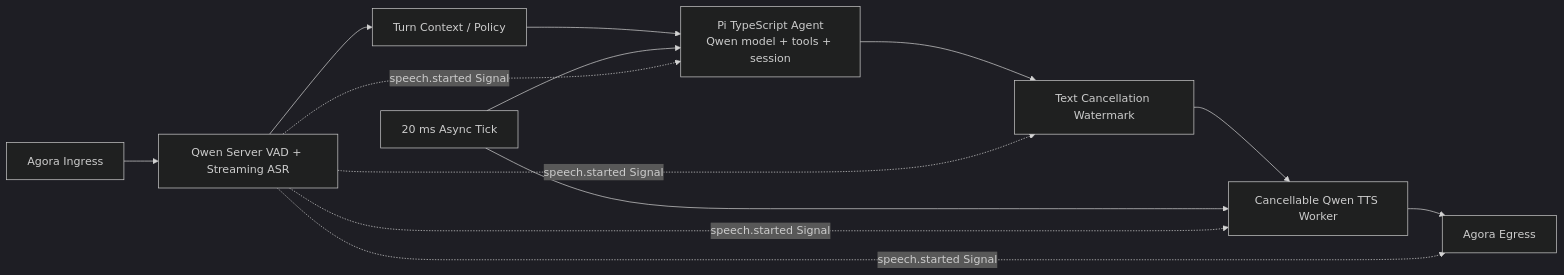
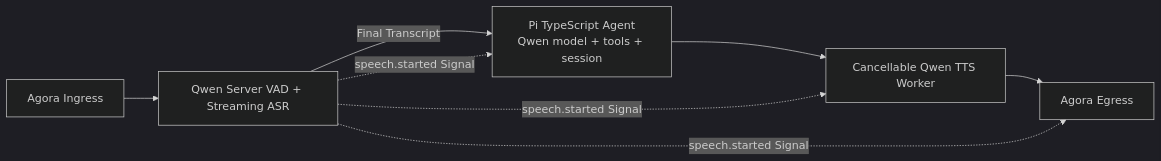
One commit to PiyotaHu/muxiva changed the second of 3 diagrams in docs/site/en/voice-architecture.md. Above: the diagram before and after it, drawn with Mermaid (dark theme). The commit also changed other lines of this file and 108 other files, not shown here.

````diff
--- a/docs/site/en/voice-architecture.md
+++ b/docs/site/en/voice-architecture.md
@@ -32,15 +32,10 @@
 ```mermaid
 flowchart LR
     IN["Agora Ingress"] --> ASR["Qwen Server VAD + Streaming ASR"]
-    ASR --> FUSION["Turn Context / Policy"]
-    FUSION --> AGENT["Pi TypeScript Agent<br/>Qwen model + tools + session"]
-    CLOCK["20 ms Async Tick"] --> AGENT
-    AGENT --> GATE["Text Cancellation Watermark"]
-    GATE --> TTS["Cancellable Qwen TTS Worker"]
-    CLOCK --> TTS
+    ASR -->|"Final Transcript"| AGENT["Pi TypeScript Agent<br/>Qwen model + tools + session"]
+    AGENT --> TTS["Cancellable Qwen TTS Worker"]
     TTS --> OUT["Agora Egress"]
     ASR -. "speech.started Signal" .-> AGENT
     ASR -. "speech.started Signal" .-> TTS
-    ASR -. "speech.started Signal" .-> GATE
     ASR -. "speech.started Signal" .-> OUT
 ```
````
